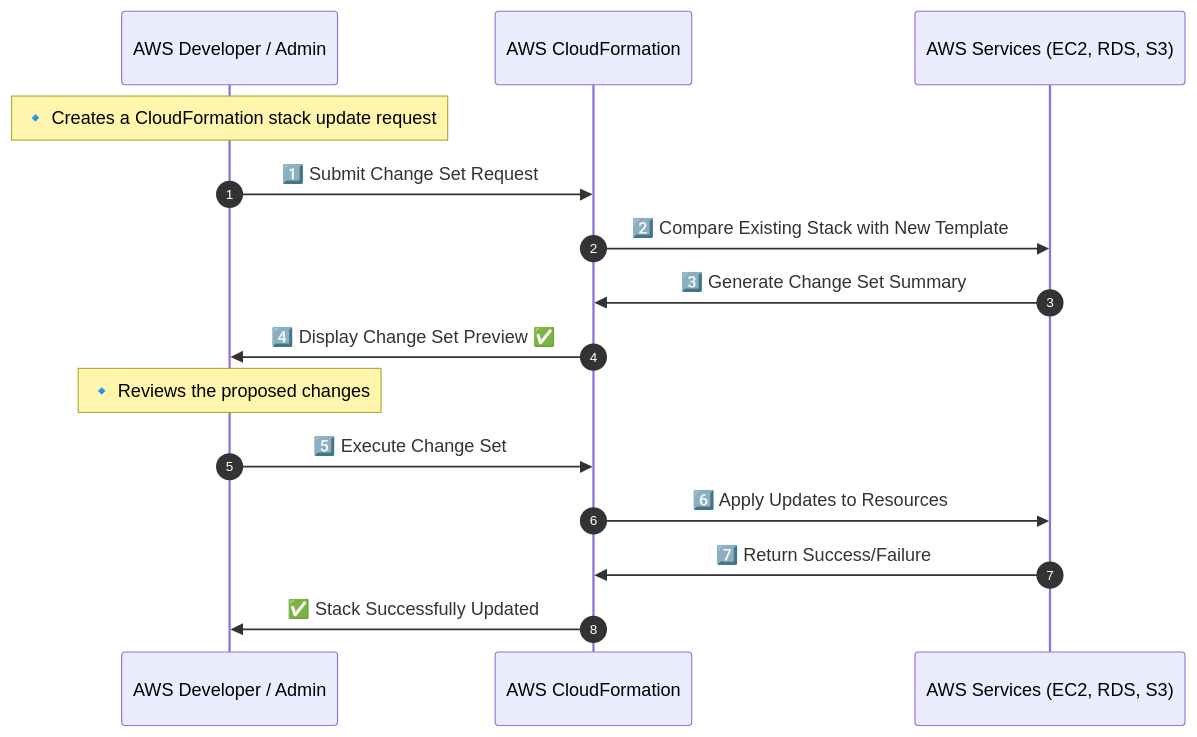
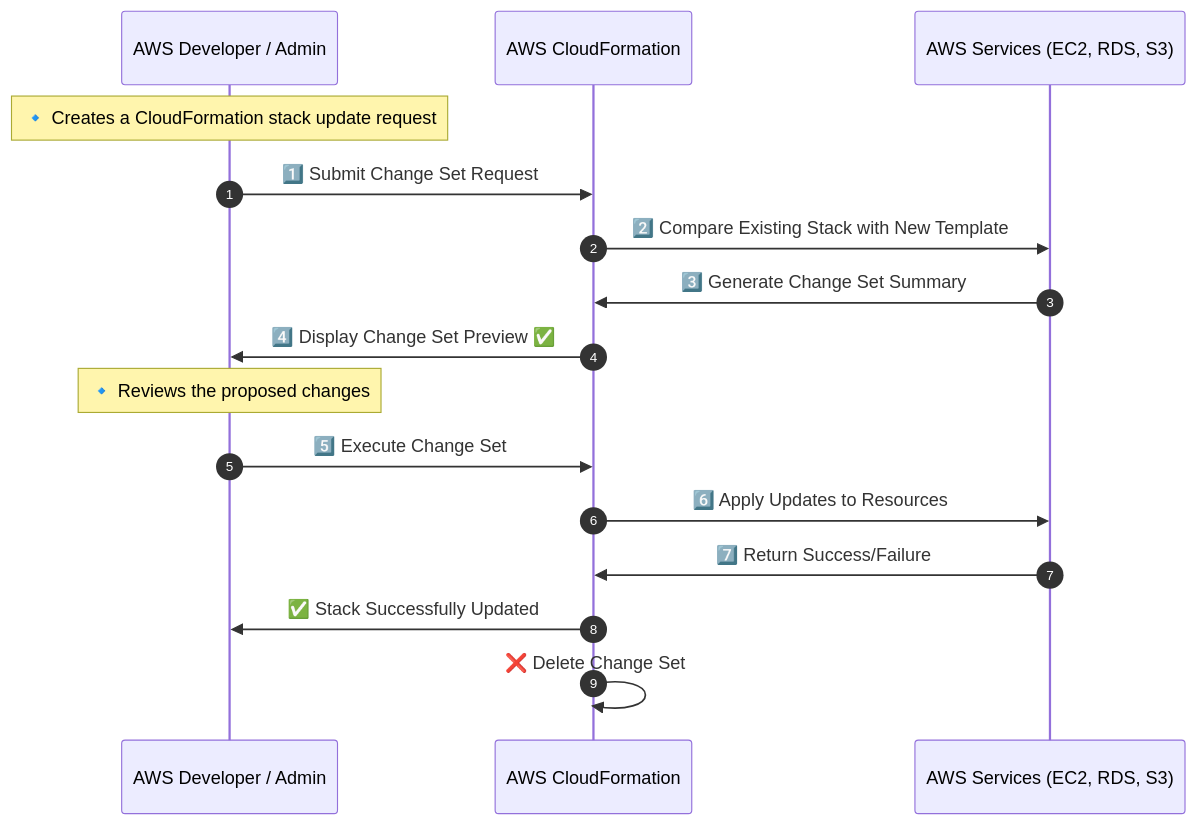
The diagram in aws-services/1.management-governance/1.cloudformation/1.10.change-set.md (hadywafa/AwsHub), drawn with Mermaid before and after one commit. The commit also changed other lines of this file and 7 other files, not shown here.

````diff
--- a/aws-services/1.management-governance/1.cloudformation/1.10.change-set.md
+++ b/aws-services/1.management-governance/1.cloudformation/1.10.change-set.md
@@ -17,21 +17,22 @@
 ```mermaid
 sequenceDiagram
     autonumber
     participant User as AWS Developer / Admin
     participant CloudFormation as AWS CloudFormation
     participant AWSResources as AWS Services (EC2, RDS, S3)
 
     Note over User: 🔹 Creates a CloudFormation stack update request
 
     User->>CloudFormation: 1️⃣ Submit Change Set Request
     CloudFormation->>AWSResources: 2️⃣ Compare Existing Stack with New Template
     AWSResources->>CloudFormation: 3️⃣ Generate Change Set Summary
     CloudFormation->>User: 4️⃣ Display Change Set Preview ✅
 
     Note over User: 🔹 Reviews the proposed changes
 
     User->>CloudFormation: 5️⃣ Execute Change Set
     CloudFormation->>AWSResources: 6️⃣ Apply Updates to Resources
     AWSResources->>CloudFormation: 7️⃣ Return Success/Failure
     CloudFormation->>User: ✅ Stack Successfully Updated
+    CloudFormation->>CloudFormation: ❌ Delete Change Set
 ```
````
